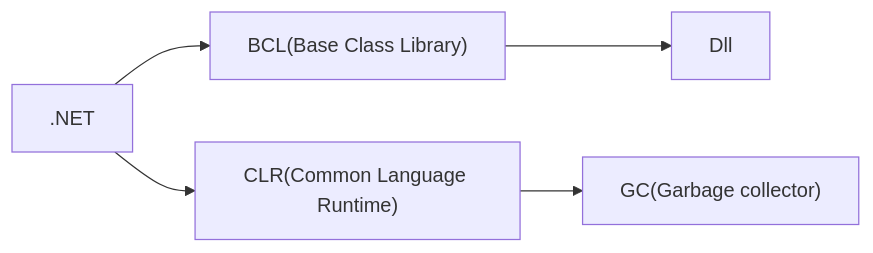
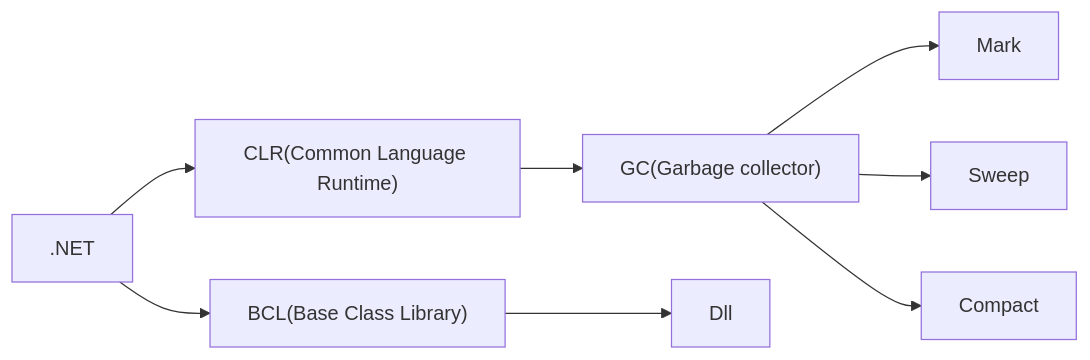
Before and after one commit to WallNutss/SEFormulatrix_Bootcamp: the second of 5 diagrams in README.md, drawn with Mermaid. The commit also changed other lines of this file and 2 other files, not shown here.

````diff
--- a/README.md
+++ b/README.md
@@ -499,7 +499,10 @@
 ```mermaid
 flowchart LR
     A[.NET] --> B["BCL(Base Class Library)"]
     A --> C["CLR(Common Language Runtime)"]
     C --> D["GC(Garbage collector)"]
     B --> E["Dll"]
+    D --> F["Mark"]
+    D --> G["Sweep"]
+    D --> H["Compact"]
 ```
````
